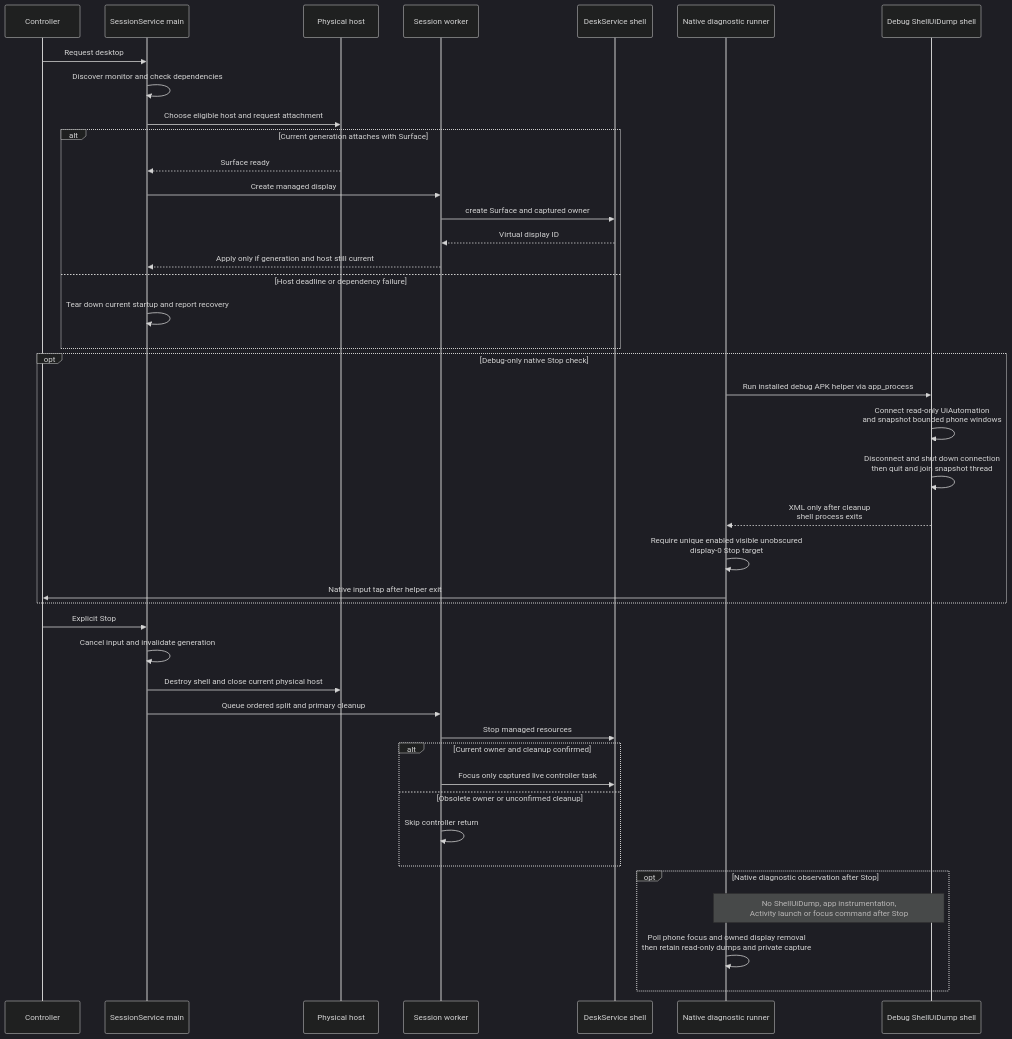
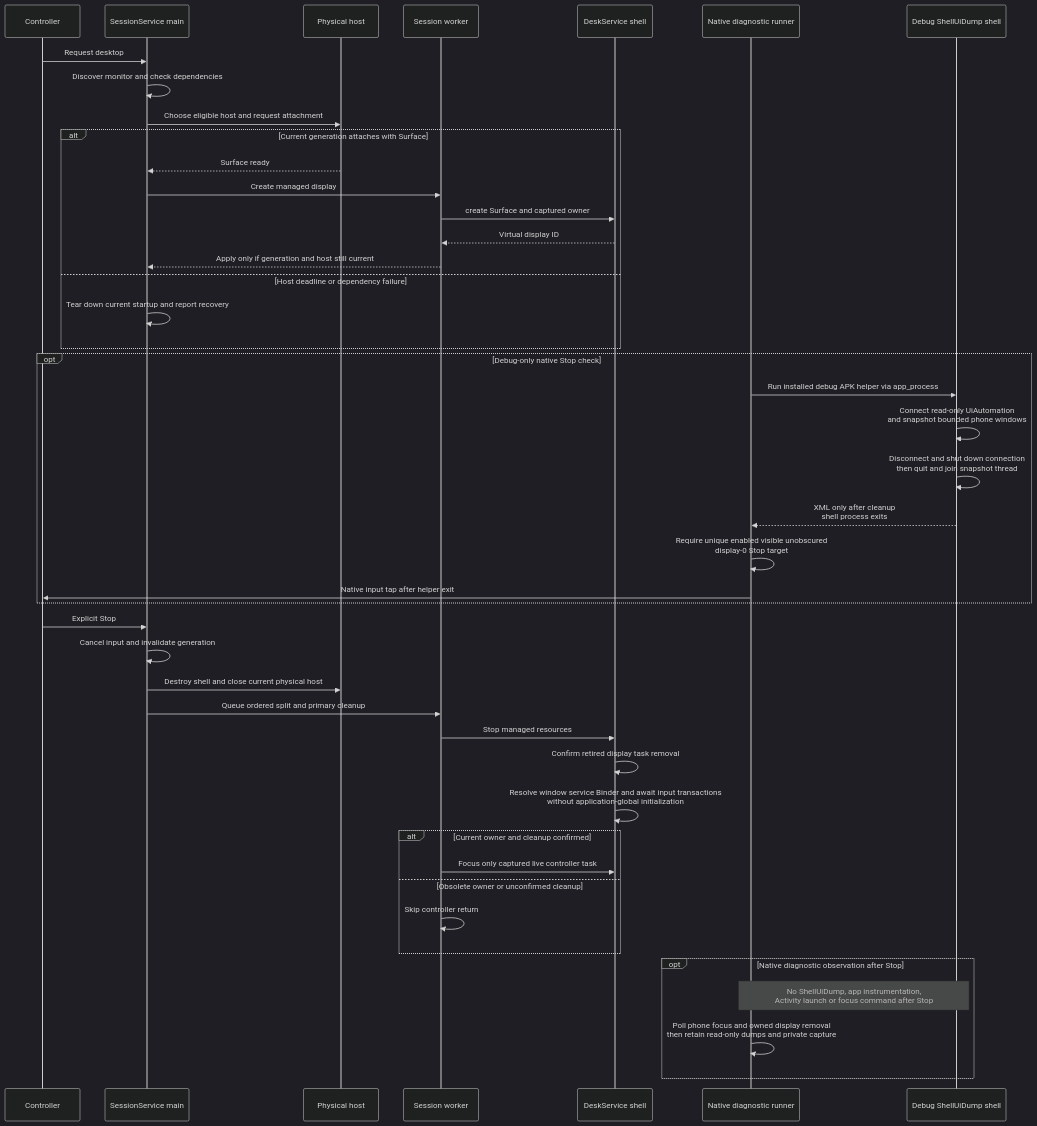
The second of 2 diagrams in docs/architecture/features/desktop-session.md (PhiLong-Ho/DexDroid), drawn with Mermaid (dark theme) before and after one commit. The commit also changed 40 other files, not shown here.

````diff
--- a/docs/architecture/features/desktop-session.md
+++ b/docs/architecture/features/desktop-session.md
@@ -39,44 +39,46 @@
 ```mermaid
 sequenceDiagram
     participant UI as Controller
     participant S as SessionService main
     participant H as Physical host
     participant W as Session worker
     participant D as DeskService shell
     participant N as Native diagnostic runner
     participant U as Debug ShellUiDump shell
     UI->>S: Request desktop
     S->>S: Discover monitor and check dependencies
     S->>H: Choose eligible host and request attachment
     alt Current generation attaches with Surface
         H-->>S: Surface ready
         S->>W: Create managed display
         W->>D: create Surface and captured owner
         D-->>W: Virtual display ID
         W-->>S: Apply only if generation and host still current
     else Host deadline or dependency failure
         S->>S: Tear down current startup and report recovery
     end
     opt Debug-only native Stop check
         N->>U: Run installed debug APK helper via app_process
         U->>U: Connect read-only UiAutomation<br/>and snapshot bounded phone windows
         U->>U: Disconnect and shut down connection<br/>then quit and join snapshot thread
         U-->>N: XML only after cleanup<br/>shell process exits
         N->>N: Require unique enabled visible unobscured<br/>display-0 Stop target
         N->>UI: Native input tap after helper exit
     end
     UI->>S: Explicit Stop
     S->>S: Cancel input and invalidate generation
     S->>H: Destroy shell and close current physical host
     S->>W: Queue ordered split and primary cleanup
     W->>D: Stop managed resources
+    D->>D: Confirm retired display task removal
+    D->>D: Resolve window service Binder and await input transactions<br/>without application-global initialization
     alt Current owner and cleanup confirmed
         W->>D: Focus only captured live controller task
     else Obsolete owner or unconfirmed cleanup
         W->>W: Skip controller return
     end
     opt Native diagnostic observation after Stop
         Note over N,U: No ShellUiDump, app instrumentation,<br/>Activity launch or focus command after Stop
         N->>N: Poll phone focus and owned display removal<br/>then retain read-only dumps and private capture
     end
 ```
````
